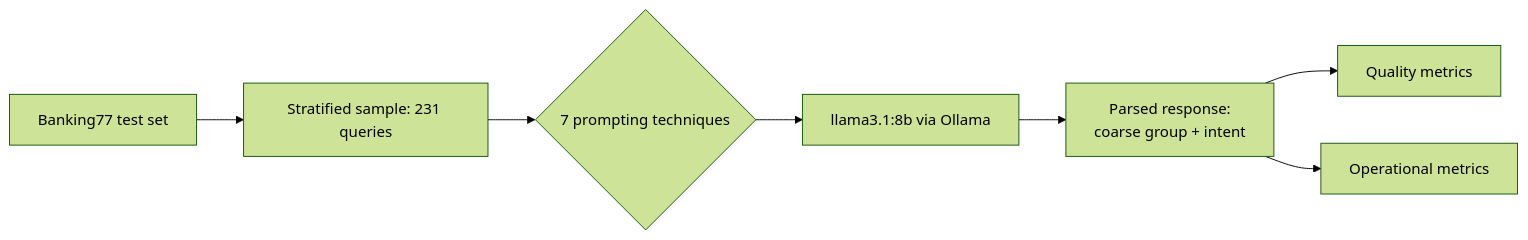
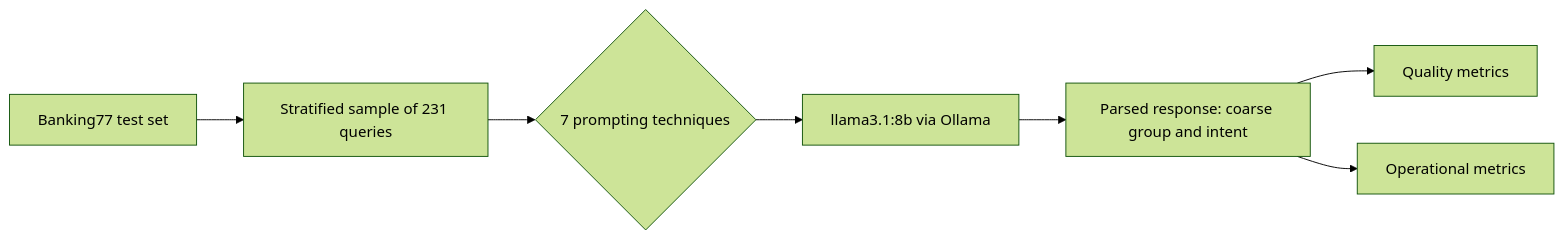
One commit to Swati32/llm-agentic-architectures-learning changed the first of 2 diagrams in experiments/intent-classification-prompting/README.md. Above: the diagram before and after it, drawn with Mermaid (forest theme). The commit also changed other lines of this file, not shown here.

First line of the commit message:
Fix Mermaid diagram syntax in experiment README

````diff
--- a/experiments/intent-classification-prompting/README.md
+++ b/experiments/intent-classification-prompting/README.md
@@ -25,9 +25,9 @@
 ```mermaid
 flowchart LR
-    A[Banking77 test set] --> B[Stratified sample: 231 queries]
-    B --> C{7 prompting techniques}
-    C --> D[llama3.1:8b via Ollama]
-    D --> E["Parsed response:\ncoarse group + intent"]
-    E --> F[Quality metrics]
-    E --> G[Operational metrics]
+    A["Banking77 test set"] --> B["Stratified sample of 231 queries"]
+    B --> C{"7 prompting techniques"}
+    C --> D["llama3.1:8b via Ollama"]
+    D --> E["Parsed response: coarse group and intent"]
+    E --> F["Quality metrics"]
+    E --> G["Operational metrics"]
 ```
````
